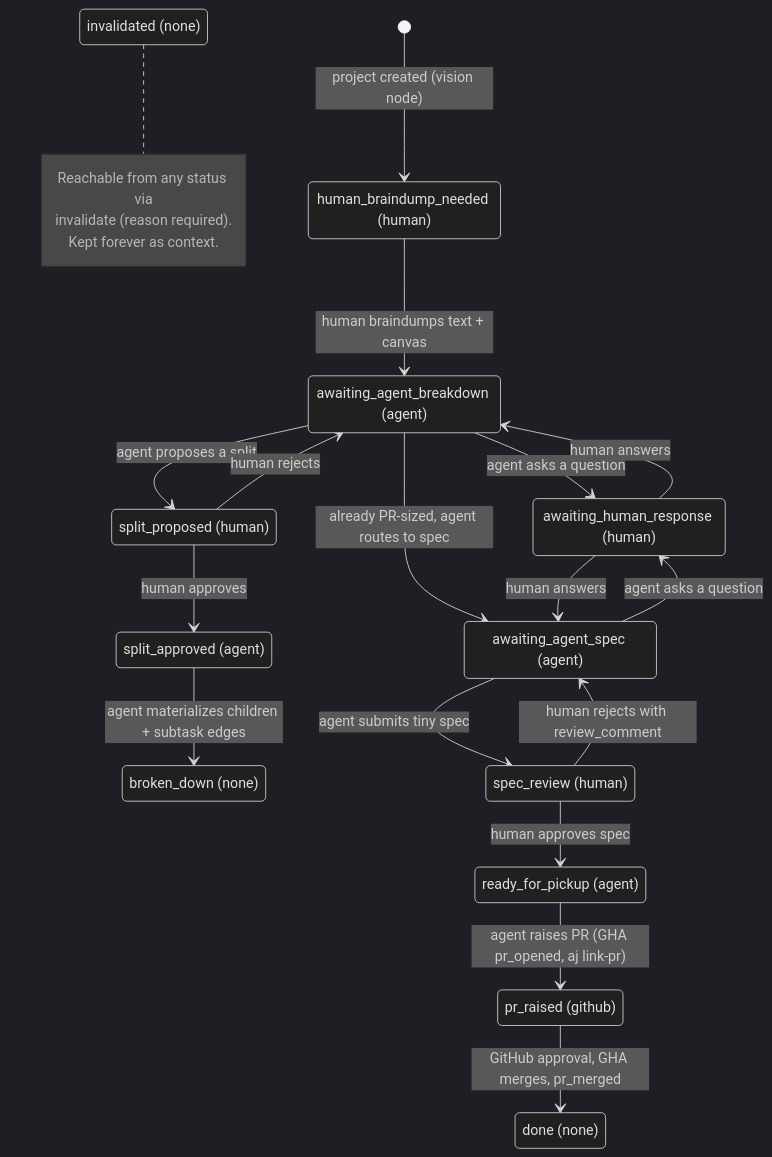
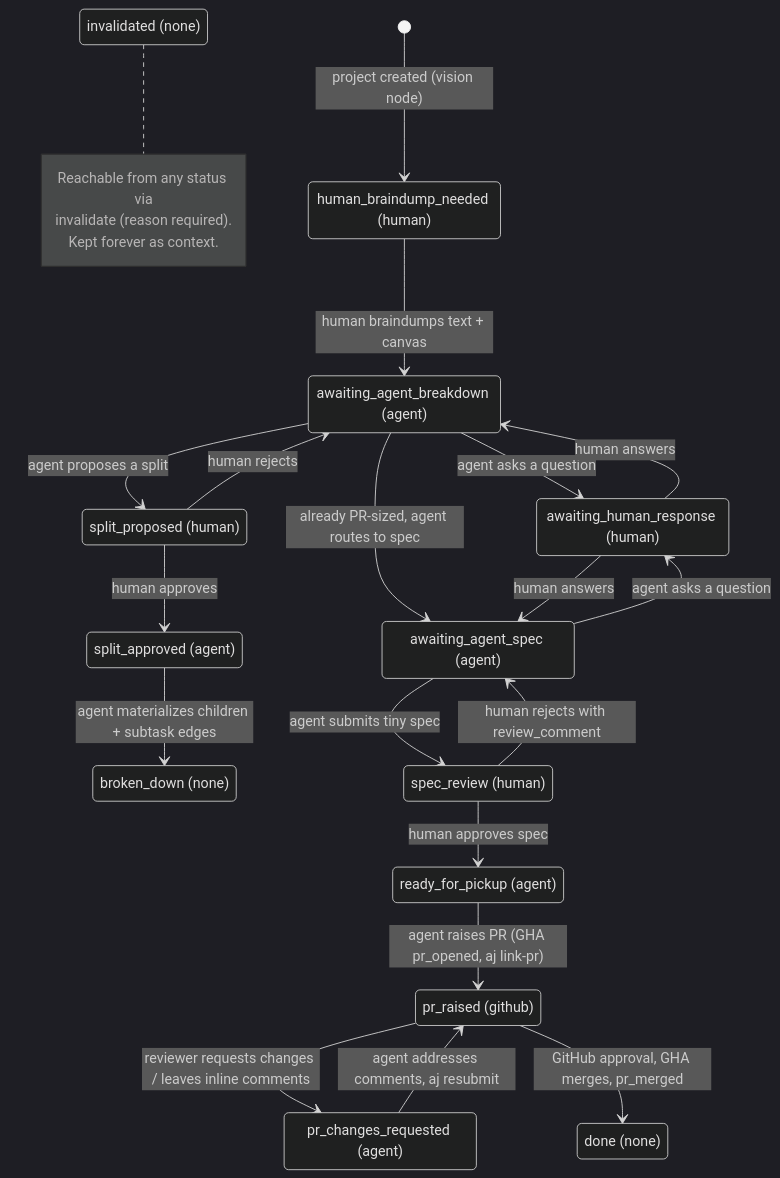
One commit to DanWilkins2107/AgentJira changed the first of 4 diagrams in docs/workflow.md. Above: the diagram before and after it, drawn with Mermaid (dark theme). The commit also changed other lines of this file and 14 other files, not shown here.

First line of the commit message:
feat: add pr_changes_requested status and resubmit flow

````diff
--- a/docs/workflow.md
+++ b/docs/workflow.md
@@ -9,38 +9,41 @@
 ```mermaid
 stateDiagram-v2
     human_braindump_needed : human_braindump_needed (human)
     awaiting_agent_breakdown : awaiting_agent_breakdown (agent)
     awaiting_human_response : awaiting_human_response (human)
     split_proposed : split_proposed (human)
     split_approved : split_approved (agent)
     broken_down : broken_down (none)
     awaiting_agent_spec : awaiting_agent_spec (agent)
     spec_review : spec_review (human)
     ready_for_pickup : ready_for_pickup (agent)
     pr_raised : pr_raised (github)
+    pr_changes_requested : pr_changes_requested (agent)
     done : done (none)
     invalidated : invalidated (none)
 
     [*] --> human_braindump_needed : project created (vision node)
     human_braindump_needed --> awaiting_agent_breakdown : human braindumps text + canvas
     awaiting_agent_breakdown --> awaiting_human_response : agent asks a question
     awaiting_human_response --> awaiting_agent_breakdown : human answers
     awaiting_agent_breakdown --> split_proposed : agent proposes a split
     awaiting_agent_breakdown --> awaiting_agent_spec : already PR-sized, agent routes to spec
     split_proposed --> split_approved : human approves
     split_proposed --> awaiting_agent_breakdown : human rejects
     split_approved --> broken_down : agent materializes children + subtask edges
     awaiting_agent_spec --> awaiting_human_response : agent asks a question
     awaiting_human_response --> awaiting_agent_spec : human answers
     awaiting_agent_spec --> spec_review : agent submits tiny spec
     spec_review --> ready_for_pickup : human approves spec
     spec_review --> awaiting_agent_spec : human rejects with review_comment
     ready_for_pickup --> pr_raised : agent raises PR (GHA pr_opened, aj link-pr)
+    pr_raised --> pr_changes_requested : reviewer requests changes / leaves inline comments
+    pr_changes_requested --> pr_raised : agent addresses comments, aj resubmit
     pr_raised --> done : GitHub approval, GHA merges, pr_merged
 
     note right of invalidated
         Reachable from any status via
         invalidate (reason required).
         Kept forever as context.
     end note
 ```
````
